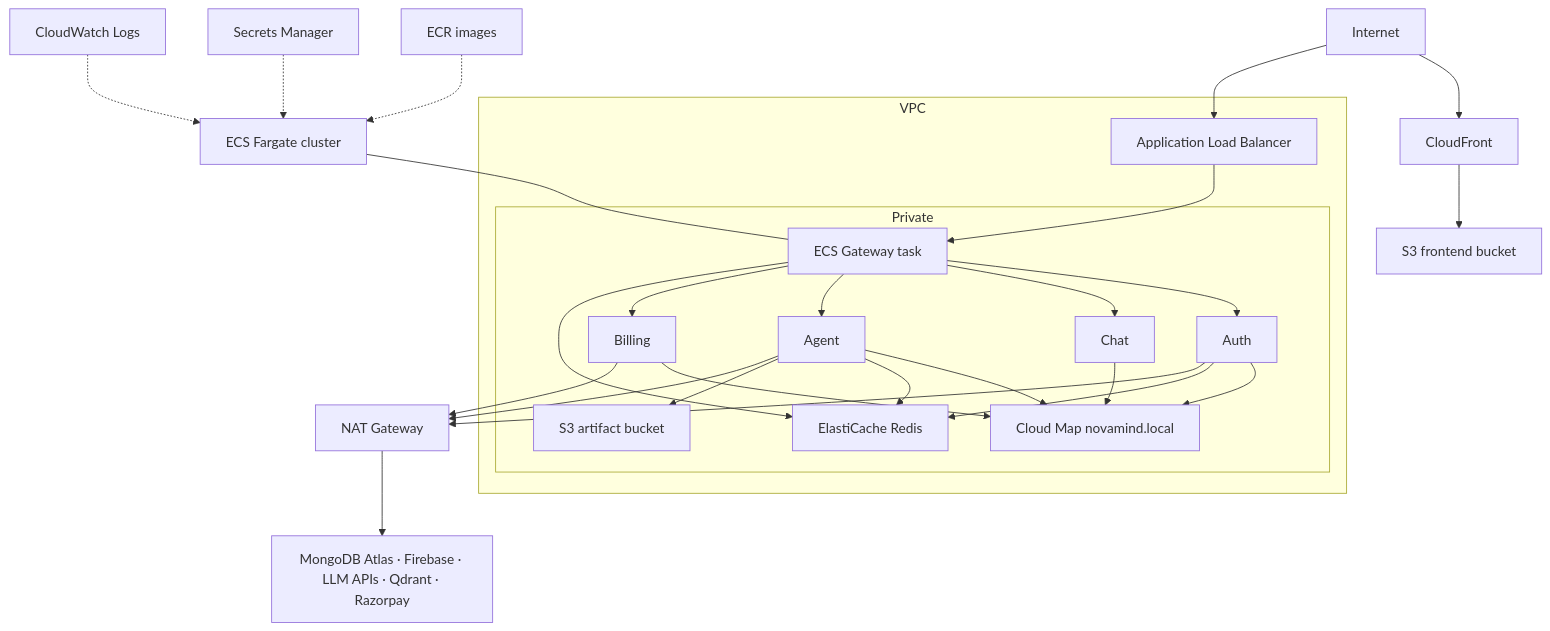
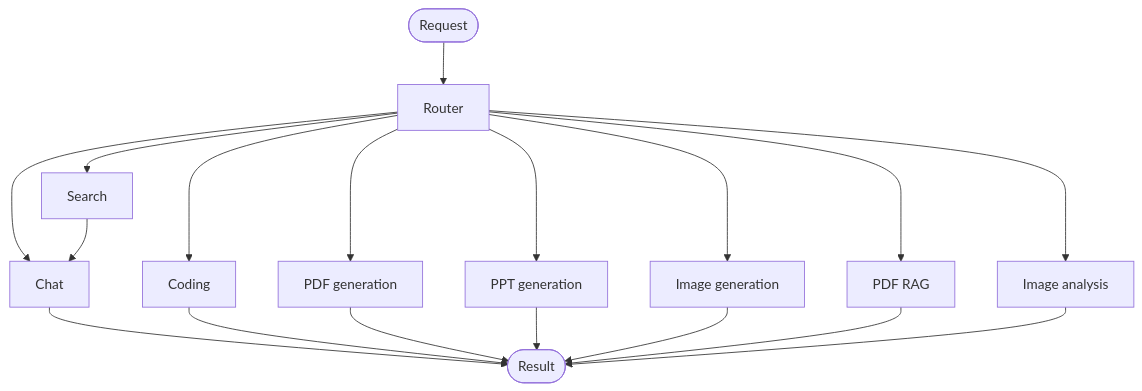
One commit to aamir490/Use-Case-24-NovaMind-AI-LangGraph-Multi-Agent-AWS-Platform changed the third of 3 diagrams in Architecture.md. Above: the diagram before and after it, drawn with Mermaid. The commit also changed other lines of this file, not shown here.

Commit message:
Clarify architecture and correct implementation details

````diff
--- a/Architecture.md
+++ b/Architecture.md
@@ -315,31 +174,20 @@
 ```mermaid
-flowchart TB
-  Internet --> CF[CloudFront]
-  CF --> S3F[S3 frontend bucket]
-  Internet --> ALB[Application Load Balancer]
-  subgraph VPC
-    ALB --> GW[ECS Gateway task]
-    subgraph Private
-      GW --> AUTH[Auth]
-      GW --> CHAT[Chat]
-      GW --> AGENT[Agent]
-      GW --> BILL[Billing]
-      AUTH --> CM[Cloud Map novamind.local]
-      CHAT --> CM
-      AGENT --> CM
-      BILL --> CM
-      GW --> REDIS[ElastiCache Redis]
-      AUTH --> REDIS
-      AGENT --> REDIS
-      AGENT --> S3APP[S3 artifact bucket]
-    end
-  end
-  ECS[ECS Fargate cluster] --- GW
-  ECR[ECR images] -.-> ECS
-  SM[Secrets Manager] -.-> ECS
-  CW[CloudWatch Logs] -.-> ECS
-  NAT[NAT Gateway] --> Ext[MongoDB Atlas · Firebase · LLM APIs · Qdrant · Razorpay]
-  AGENT --> NAT
-  AUTH --> NAT
-  BILL --> NAT
+flowchart TD
+  START([Request]) --> ROUTER[Router]
+  ROUTER --> CHAT[Chat]
+  ROUTER --> SEARCH[Search]
+  SEARCH --> CHAT
+  ROUTER --> CODE[Coding]
+  ROUTER --> PDF[PDF generation]
+  ROUTER --> PPT[PPT generation]
+  ROUTER --> VISION[Image generation]
+  ROUTER --> RAG[PDF RAG]
+  ROUTER --> IMAGE[Image analysis]
+  CHAT --> DONE([Result])
+  CODE --> DONE
+  PDF --> DONE
+  PPT --> DONE
+  VISION --> DONE
+  RAG --> DONE
+  IMAGE --> DONE
 ```
````
